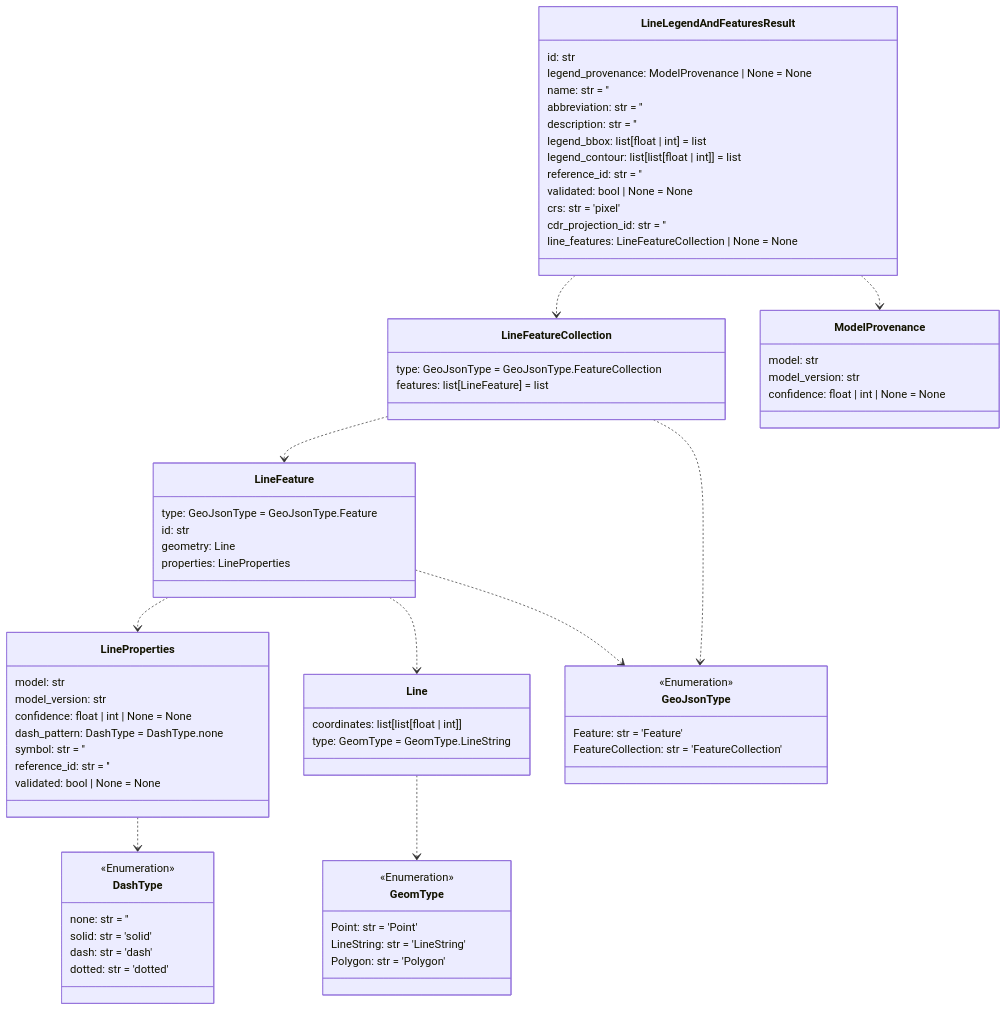
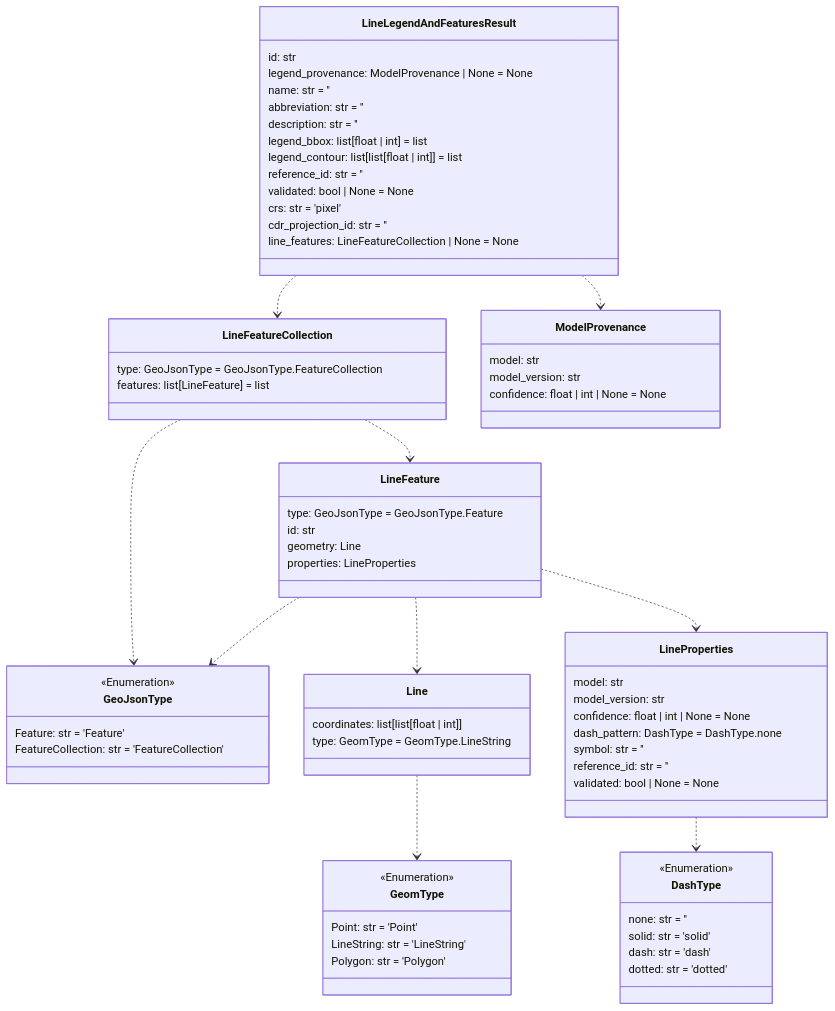
Before and after one commit to DARPA-CRITICALMAAS/cdr_schemas: the sixth of 14 diagrams in README.md, drawn with Mermaid. The commit also changed other lines of this file and 2 other files, not shown here.

````diff
--- a/README.md
+++ b/README.md
@@ -452,84 +452,84 @@
 ```mermaid
 classDiagram
 
     class LineLegendAndFeaturesResult {
         id: str
         legend_provenance: ModelProvenance | None = None
         name: str = ''
         abbreviation: str = ''
         description: str = ''
         legend_bbox: list[float | int] = list
         legend_contour: list[list[float | int]] = list
         reference_id: str = ''
         validated: bool | None = None
         crs: str = 'pixel'
         cdr_projection_id: str = ''
         line_features: LineFeatureCollection | None = None
     }
 
-    class Line {
-        coordinates: list[list[float | int]]
-        type: GeomType = GeomType.LineString
+    class GeomType {
+        <<Enumeration>>
+        Point: str = 'Point'
+        LineString: str = 'LineString'
+        Polygon: str = 'Polygon'
+    }
+
+    class GeoJsonType {
+        <<Enumeration>>
+        Feature: str = 'Feature'
+        FeatureCollection: str = 'FeatureCollection'
+    }
+
+    class LineFeatureCollection {
+        type: GeoJsonType = GeoJsonType.FeatureCollection
+        features: list[LineFeature] = list
     }
 
     class DashType {
         <<Enumeration>>
         none: str = ''
         solid: str = 'solid'
         dash: str = 'dash'
         dotted: str = 'dotted'
     }
 
-    class LineFeatureCollection {
-        type: GeoJsonType = GeoJsonType.FeatureCollection
-        features: list[LineFeature] = list
+    class Line {
+        coordinates: list[list[float | int]]
+        type: GeomType = GeomType.LineString
+    }
+
+    class LineFeature {
+        type: GeoJsonType = GeoJsonType.Feature
+        id: str
+        geometry: Line
+        properties: LineProperties
     }
 
     class LineProperties {
         model: str
         model_version: str
         confidence: float | int | None = None
         dash_pattern: DashType = DashType.none
         symbol: str = ''
         reference_id: str = ''
         validated: bool | None = None
     }
 
-    class LineFeature {
-        type: GeoJsonType = GeoJsonType.Feature
-        id: str
-        geometry: Line
-        properties: LineProperties
-    }
-
-    class GeoJsonType {
-        <<Enumeration>>
-        Feature: str = 'Feature'
-        FeatureCollection: str = 'FeatureCollection'
-    }
-
     class ModelProvenance {
         model: str
         model_version: str
         confidence: float | int | None = None
     }
 
-    class GeomType {
-        <<Enumeration>>
-        Point: str = 'Point'
-        LineString: str = 'LineString'
-        Polygon: str = 'Polygon'
-    }
-
     Line ..> GeomType
     LineProperties ..> DashType
-    LineFeature ..> LineProperties
     LineFeature ..> Line
     LineFeature ..> GeoJsonType
+    LineFeature ..> LineProperties
+    LineFeatureCollection ..> GeoJsonType
     LineFeatureCollection ..> LineFeature
-    LineFeatureCollection ..> GeoJsonType
+    LineLegendAndFeaturesResult ..> LineFeatureCollection
     LineLegendAndFeaturesResult ..> ModelProvenance
-    LineLegendAndFeaturesResult ..> LineFeatureCollection
 
 
 ```
````
